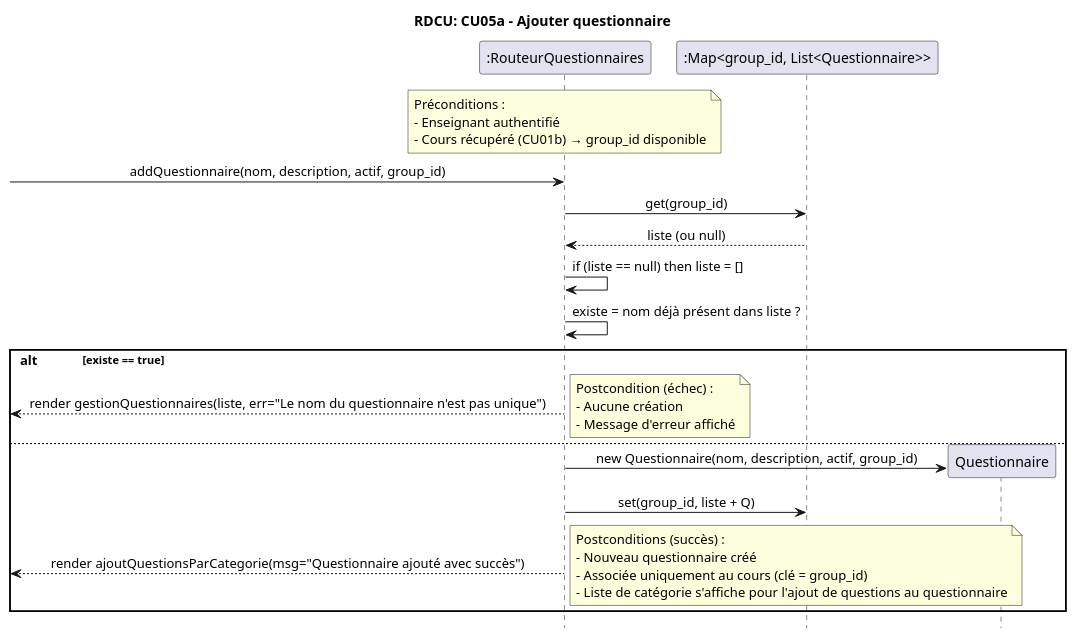
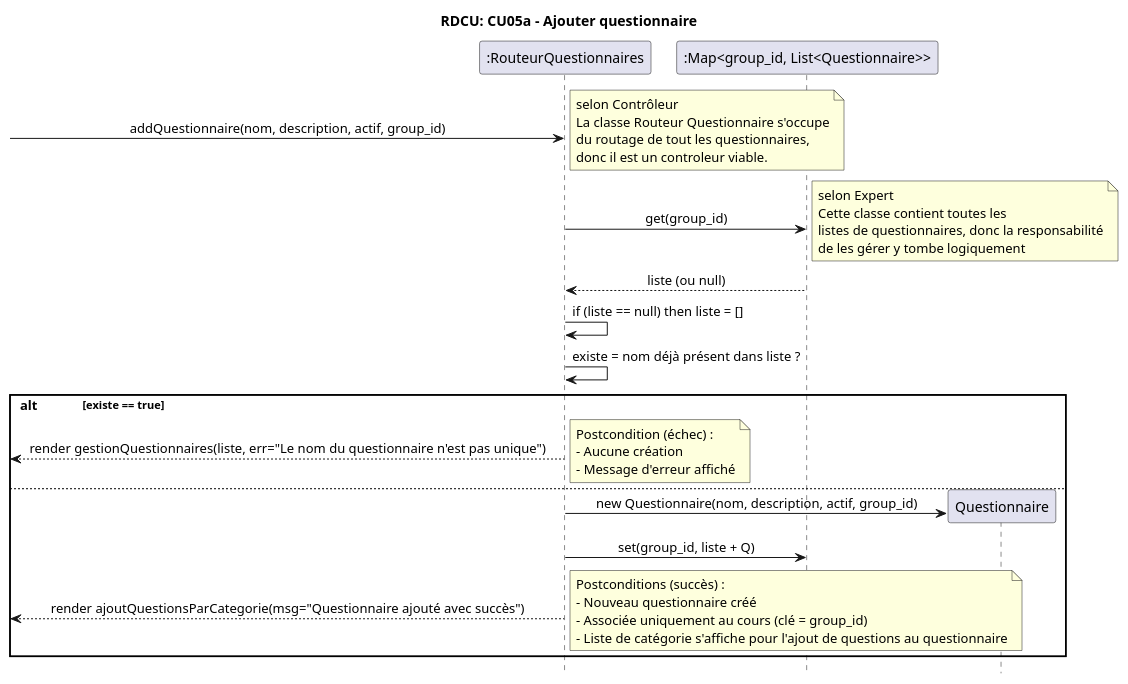
Before and after one commit to IshakMegatli1/MoodleCopy: the diagram in docs/modeles/CU05/RDCU-CU05a-addQuestionnaire.puml, drawn with PlantUML. The commit also changed 18 other files, not shown here.

```diff
--- a/docs/modeles/CU05/RDCU-CU05a-addQuestionnaire.puml
+++ b/docs/modeles/CU05/RDCU-CU05a-addQuestionnaire.puml
@@ -1,49 +1,54 @@
 @startuml
 skinparam sequenceMessageAlign center
 hide footbox
 title RDCU: CU05a - Ajouter questionnaire
 
 participant ":RouteurQuestionnaires" as RQ
 participant ":Map<group_id, List<Questionnaire>>" as STORE
 participant "Questionnaire" as Q
 
-' Préconditions (CU01b déjà fait, group_id dispo)
-note over RQ
-  Préconditions :
-  - Enseignant authentifié
-  - Cours récupéré (CU01b) → group_id disponible
+-> RQ : addQuestionnaire(nom, description, actif, group_id)
+note right
+selon Contrôleur  
+La classe Routeur Questionnaire s'occupe
+du routage de tout les questionnaires,
+donc il est un controleur viable.
 end note
-
--> RQ : addQuestionnaire(nom, description, actif, group_id)
 
 
 RQ -> STORE : get(group_id)
+note right
+selon Expert 
+Cette classe contient toutes les
+listes de questionnaires, donc la responsabilité
+de les gérer y tombe logiquement
+end note
 STORE --> RQ : liste (ou null)
 RQ -> RQ : if (liste == null) then liste = []
 
 RQ -> RQ : existe = nom déjà présent dans liste ?
 
 alt existe == true
   <-- RQ: render gestionQuestionnaires(liste, err="Le nom du questionnaire n'est pas unique")
   note left
     Postcondition (échec) :
     - Aucune création
     - Message d'erreur affiché
   end note
 else
   create Q
   RQ -> Q : new Questionnaire(nom, description, actif, group_id)
 
   RQ -> STORE : set(group_id, liste + Q)
 
   <-- RQ: render ajoutQuestionsParCategorie(msg="Questionnaire ajouté avec succès")
   note left
     Postconditions (succès) :
     - Nouveau questionnaire créé
     - Associée uniquement au cours (clé = group_id)
     - Liste de catégorie s'affiche pour l'ajout de questions au questionnaire
   end note
 end
 
 
 @enduml
```
